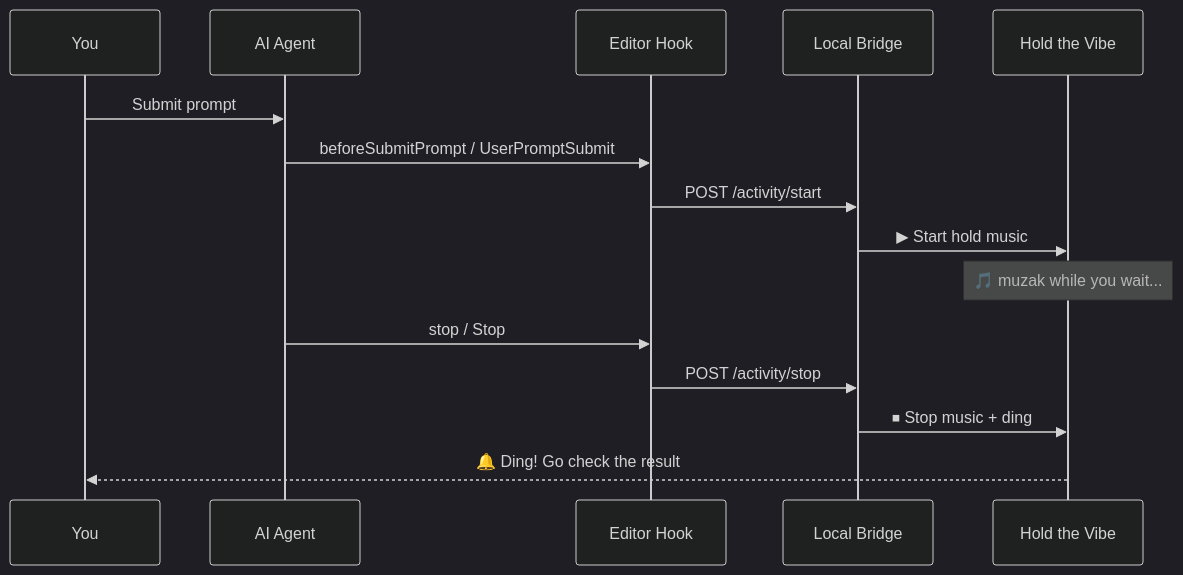
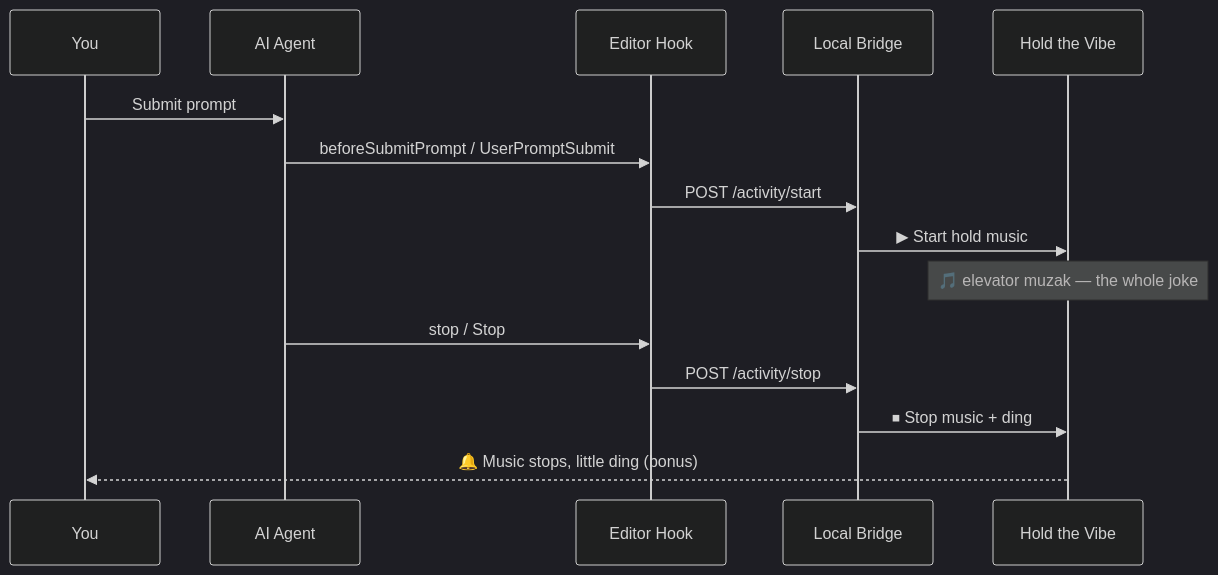
The diagram in README.md (joenb33/hold-the-vibe), drawn with Mermaid (dark theme) before and after one commit. The commit also changed other lines of this file and 1 other file, not shown here.

First line of the commit message:
docs: reframe copy around hold music as the main joke

````diff
--- a/README.md
+++ b/README.md
@@ -46,18 +48,18 @@
 ```mermaid
 sequenceDiagram
     participant You
     participant Agent as AI Agent
     participant Hook as Editor Hook
     participant Bridge as Local Bridge
     participant Vibe as Hold the Vibe
 
     You->>Agent: Submit prompt
     Agent->>Hook: beforeSubmitPrompt / UserPromptSubmit
     Hook->>Bridge: POST /activity/start
     Bridge->>Vibe: ▶ Start hold music
-    Note over Vibe: 🎵 muzak while you wait...
+    Note over Vibe: 🎵 elevator muzak — the whole joke
     Agent->>Hook: stop / Stop
     Hook->>Bridge: POST /activity/stop
     Bridge->>Vibe: ⏹ Stop music + ding
-    Vibe-->>You: 🔔 Ding! Go check the result
+    Vibe-->>You: 🔔 Music stops, little ding (bonus)
 ```
````
